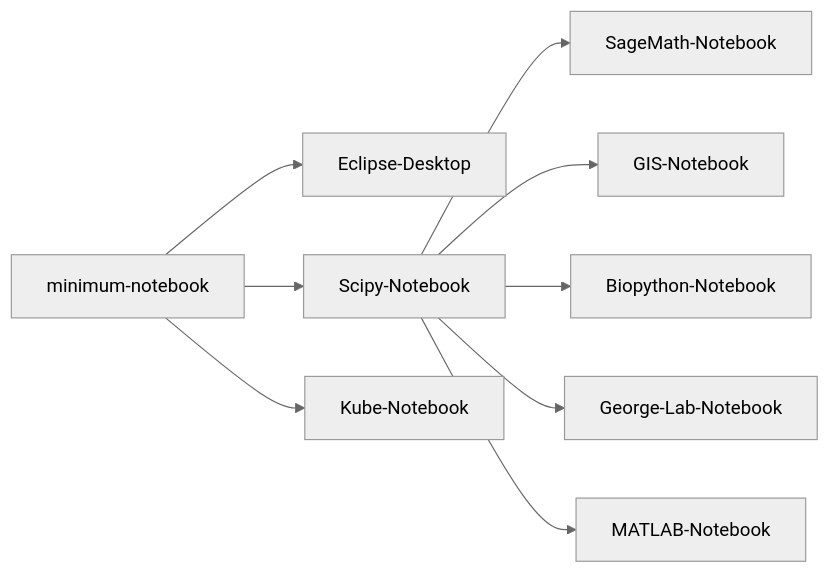
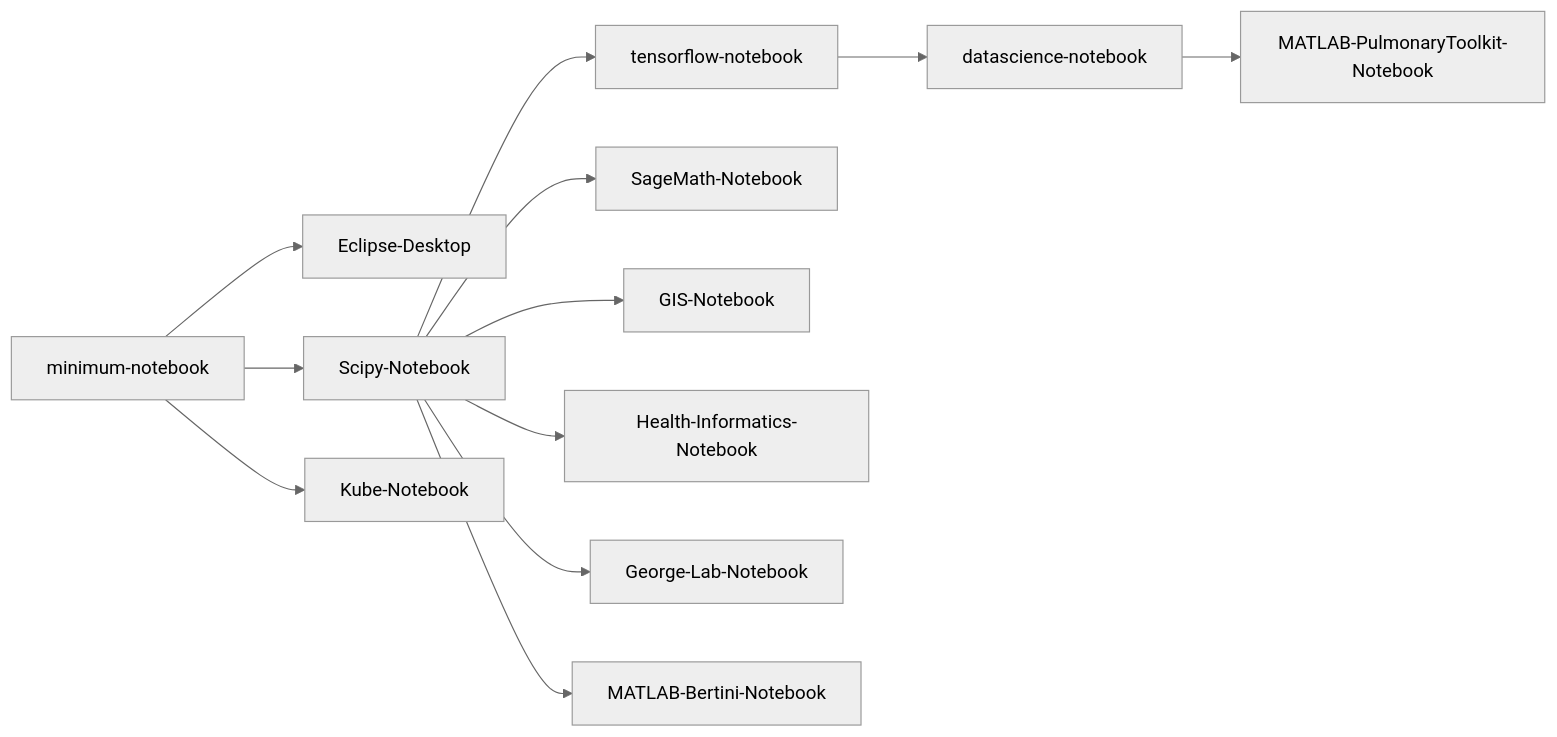
The second of 2 diagrams in docs/researchcluster/availableimages-research.md (SDSU-Research-CI/SDSU-Research-CI.github.io), drawn with Mermaid (neutral theme) before and after one commit. The commit also changed other lines of this file and 1 other file, not shown here.

Commit message:
Made info changes to architecture and available images pages

````diff
--- a/docs/researchcluster/availableimages-research.md
+++ b/docs/researchcluster/availableimages-research.md
@@ -58,10 +59,12 @@
 ```mermaid
 graph LR;
     A[minimum-notebook]-->B[Eclipse-Desktop];
-    A-->C[Scipy-Notebook]-->D[SageMath-Notebook];
+    A-->C[Scipy-Notebook]-->J[tensorflow-notebook]-->K[datascience-notebook];
+    C-->D[SageMath-Notebook];
     A-->F[Kube-Notebook];
     C-->E[GIS-Notebook];
-    C-->G[Biopython-Notebook];
+    C-->G[Health-Informatics-Notebook];
     C-->H[George-Lab-Notebook]
-    C-->I[MATLAB-Notebook]
+    C-->L[MATLAB-Bertini-Notebook]
+    K-->I[MATLAB-PulmonaryToolkit-Notebook]
 ```
````
